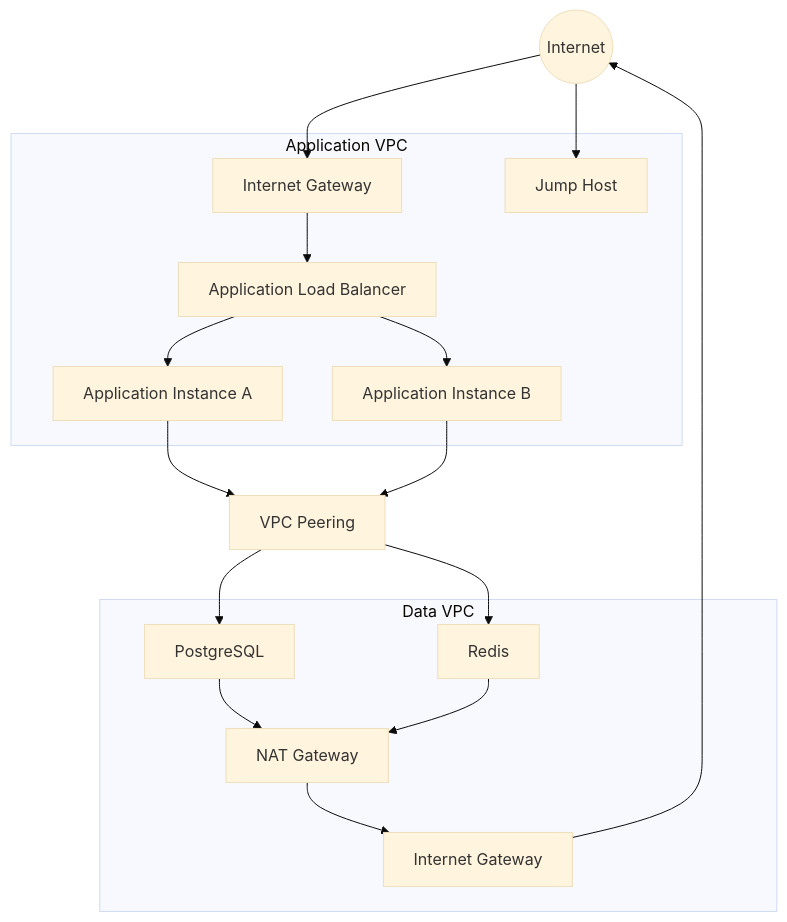
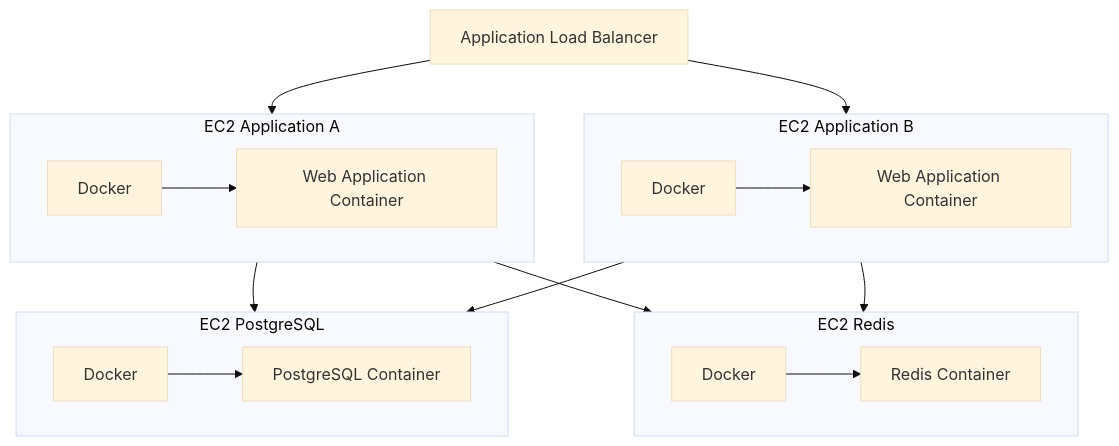
Before and after one commit to PepeuFBV/tf-aws-alb-app-rds-redis: the ninth of 9 diagrams in README.md, drawn with Mermaid (base theme). The commit also changed other lines of this file, not shown here.

Commit message:
docs: update architecture details for application and data layers, including Docker configuration and EC2 instances

````diff
--- a/README.md
+++ b/README.md
@@ -469,38 +492,36 @@
 ```mermaid
 flowchart TB
-    Internet((Internet))
+    ALB["Application Load Balancer"]
 
-    subgraph APP["Application VPC"]
-        IGW1["Internet Gateway"]
-        ALB["Application Load Balancer"]
-        APP1["Application Instance A"]
-        APP2["Application Instance B"]
-        JUMP["Jump Host"]
+    subgraph APP1["EC2 Application A"]
+        D1["Docker"]
+        C1["Web Application Container"]
+        D1 --> C1
     end
 
-    PEER["VPC Peering"]
-
-    subgraph DATA["Data VPC"]
-        IGW2["Internet Gateway"]
-        NAT["NAT Gateway"]
-        PG["PostgreSQL"]
-        REDIS["Redis"]
+    subgraph APP2["EC2 Application B"]
+        D2["Docker"]
+        C2["Web Application Container"]
+        D2 --> C2
     end
 
-    Internet --> IGW1
-    IGW1 --> ALB
+    subgraph PGEC2["EC2 PostgreSQL"]
+        D3["Docker"]
+        PG["PostgreSQL Container"]
+        D3 --> PG
+    end
+
+    subgraph REDEC2["EC2 Redis"]
+        D4["Docker"]
+        REDIS["Redis Container"]
+        D4 --> REDIS
+    end
+
     ALB --> APP1
     ALB --> APP2
 
-    Internet --> JUMP
-
-    APP1 --> PEER
-    APP2 --> PEER
-    PEER --> PG
-    PEER --> REDIS
-
-    PG --> NAT
-    REDIS --> NAT
-    NAT --> IGW2
-    IGW2 --> Internet
+    APP1 --> PGEC2
+    APP1 --> REDEC2
+    APP2 --> PGEC2
+    APP2 --> REDEC2
 ```
````
